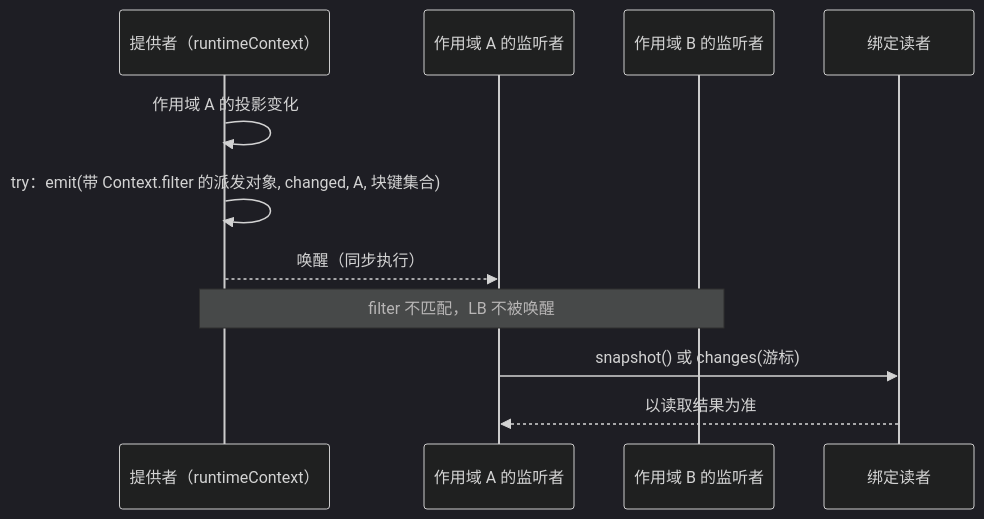
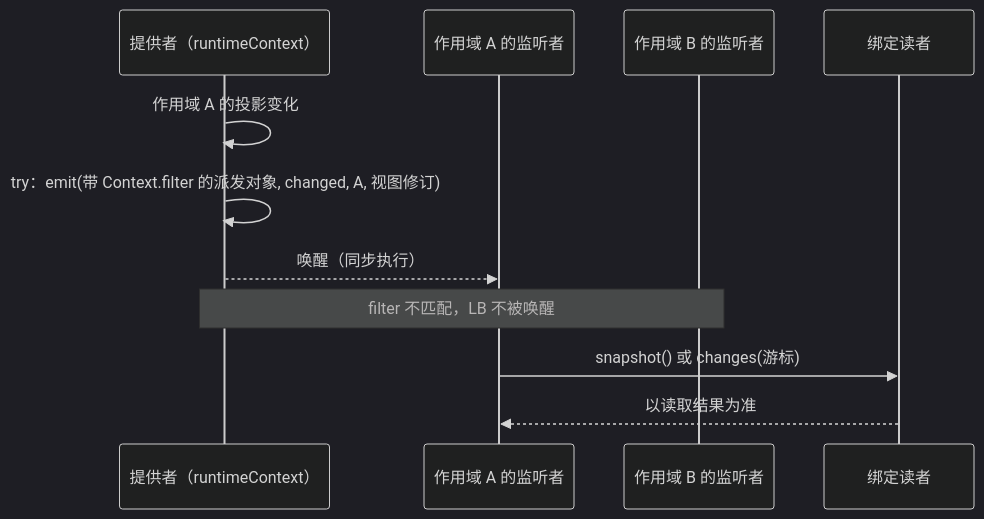
The second of 2 diagrams in packages/context/runtime-context-cordis-contract/docs/flows.md (nemori-ai/omne-harness-lite), drawn with Mermaid (dark theme) before and after one commit. The commit also changed other lines of this file and 68 other files, not shown here.

````diff
--- a/packages/context/runtime-context-cordis-contract/docs/flows.md
+++ b/packages/context/runtime-context-cordis-contract/docs/flows.md
@@ -48,13 +52,13 @@
 ```mermaid
 sequenceDiagram
   participant S as 提供者（runtimeContext）
   participant LA as 作用域 A 的监听者
   participant LB as 作用域 B 的监听者
   participant R as 绑定读者
   S->>S: 作用域 A 的投影变化
-  S->>S: try：emit(带 Context.filter 的派发对象, changed, A, 块键集合)
+  S->>S: try：emit(带 Context.filter 的派发对象, changed, A, 视图修订)
   S-->>LA: 唤醒（同步执行）
   Note over S,LB: filter 不匹配，LB 不被唤醒
   LA->>R: snapshot() 或 changes(游标)
   R-->>LA: 以读取结果为准
 ```
````
